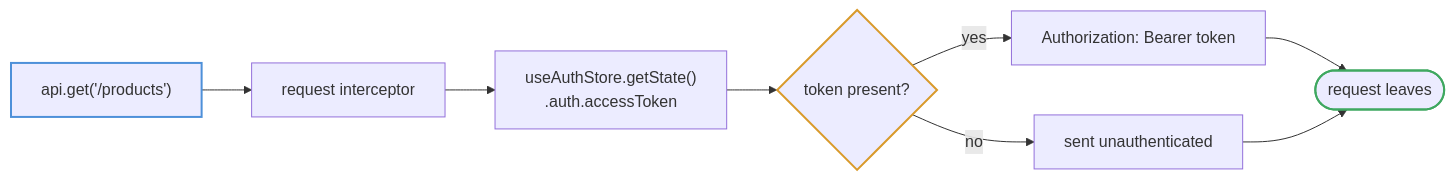
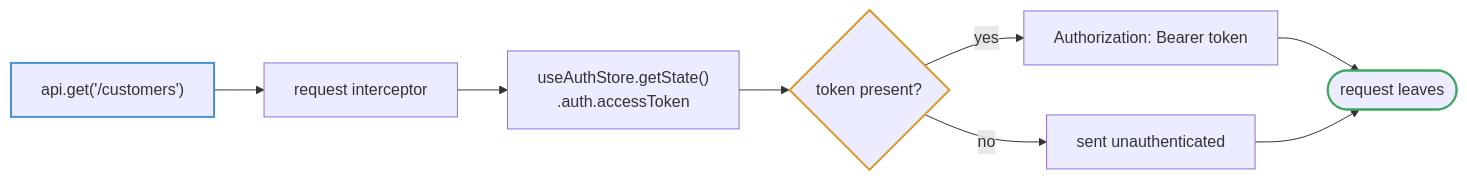
Before and after one commit to TGCTZ/TGC-SERVICE-FRONTEND: the third of 6 diagrams in docs/diagrams/authentication.md, drawn with Mermaid. The commit also changed other lines of this file and 18 other files, not shown here.

````diff
--- a/docs/diagrams/authentication.md
+++ b/docs/diagrams/authentication.md
@@ -61,14 +61,14 @@
 ```mermaid
 flowchart LR
-    CALL["api.get('/products')"] --> REQI["request interceptor"]
+    CALL["api.get('/customers')"] --> REQI["request interceptor"]
     REQI --> READ["useAuthStore.getState()<br/>.auth.accessToken"]
     READ --> HAS{"token present?"}
     HAS -->|yes| SET["Authorization: Bearer token"]
     HAS -->|no| PLAIN["sent unauthenticated"]
     SET --> OUT(["request leaves"])
     PLAIN --> OUT
 
     style CALL stroke:#4d90d9,stroke-width:2px
     style HAS stroke:#d99a2b,stroke-width:2px
     style OUT stroke:#3fa860,stroke-width:2px
 ```
````
